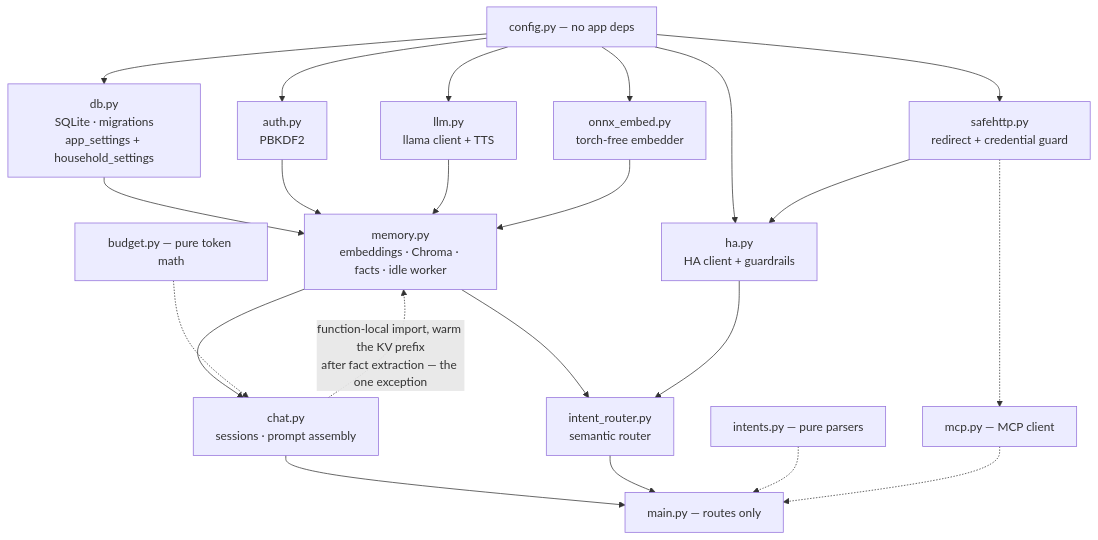
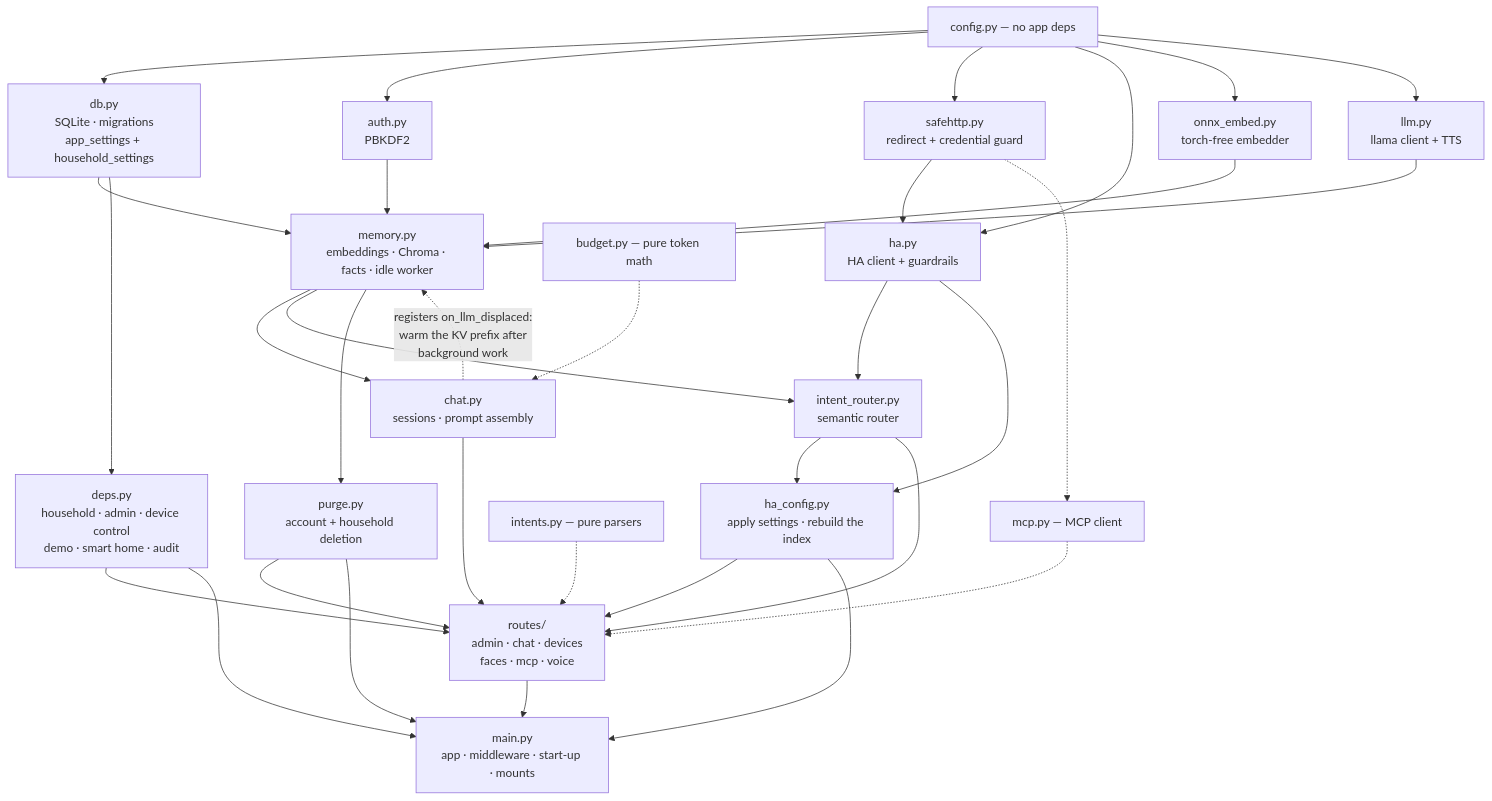
The seventh of 10 diagrams in docs/DIAGRAMS.md (Ravijangid820/jarvis), drawn with Mermaid before and after one commit. The commit also changed other lines of this file and 6 other files, not shown here.

````diff
--- a/docs/DIAGRAMS.md
+++ b/docs/DIAGRAMS.md
@@ -196,19 +196,24 @@
 ```mermaid
 flowchart TB
   CFG["config.py — no app deps"] --> DB2["db.py<br/>SQLite · migrations<br/>app_settings + household_settings"]
   CFG --> AUTH["auth.py<br/>PBKDF2"]
   CFG --> SH["safehttp.py<br/>redirect + credential guard"]
   CFG --> HA2["ha.py<br/>HA client + guardrails"]
   CFG --> OE["onnx_embed.py<br/>torch-free embedder"]
   CFG --> LLM2["llm.py<br/>llama client + TTS"]
   SH --> HA2
   DB2 & AUTH & LLM2 & OE --> MEM["memory.py<br/>embeddings · Chroma · facts · idle worker"]
   MEM --> CHAT["chat.py<br/>sessions · prompt assembly"]
   MEM --> IR2["intent_router.py<br/>semantic router"]
   HA2 --> IR2
-  CHAT & IR2 --> MAIN["main.py — routes only"]
+  DB2 --> DEPS["deps.py<br/>household · admin · device control<br/>demo · smart home · audit"]
+  MEM --> PUR["purge.py<br/>account + household deletion"]
+  HA2 & IR2 --> HC["ha_config.py<br/>apply settings · rebuild the index"]
+  CHAT & IR2 & DEPS & PUR & HC --> R["routes/<br/>admin · chat · devices<br/>faces · mcp · voice"]
+  R --> MAIN["main.py<br/>app · middleware · start-up · mounts"]
+  DEPS & PUR & HC --> MAIN
   BUD["budget.py — pure token math"] -.-> CHAT
-  INT["intents.py — pure parsers"] -.-> MAIN
-  SH -.-> MCP2["mcp.py — MCP client"] -.-> MAIN
-  CHAT -.->|"function-local import, warm the KV prefix<br/>after fact extraction — the one exception"| MEM
+  INT["intents.py — pure parsers"] -.-> R
+  SH -.-> MCP2["mcp.py — MCP client"] -.-> R
+  CHAT -.->|"registers on_llm_displaced:<br/>warm the KV prefix after<br/>background work"| MEM
 ```
````
